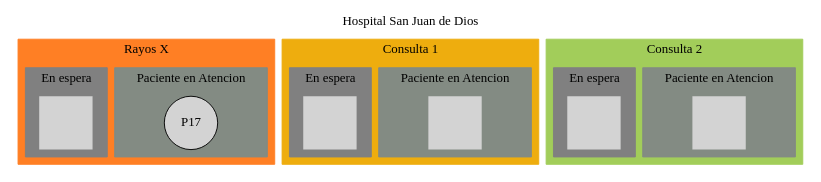
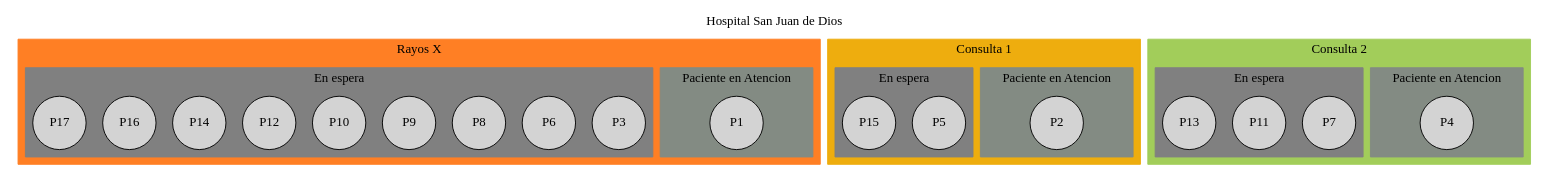
Before and after one commit to DiegoPabloPA/ECYS_Conferencia_09_18_2022: the diagram in dotFiles/generate.dot, drawn with Graphviz. The commit also changed 23 other files, not shown here.

```diff
--- a/dotFiles/generate.dot
+++ b/dotFiles/generate.dot
@@ -1,81 +1,92 @@
 
             graph  grafi{
                 rankdir=TB;
                 labelloc="t";
                 label="Hospital San Juan de Dios";
                 node[shape="circle"
                 fixedsize=true
                 width=0.8
                 height=0.8
                 ];
         
 
             subgraph cluster_1 {
                 node [style=filled shape="circle"];
                 style="filled";
                 color="chocolate1";
                 label="Rayos X";
         
             subgraph cluster_2 {
                 node [style=filled shape="circle"];
                 style="filled";
                 color="honeydew4";
                 label="Paciente en Atencion";
-        P17;
+        P1;
 }
 
             subgraph cluster_3 {
                 node [style=filled shape="circle"];
                 style="filled";
                 color="gray";
                 label="En espera";
-        inv4[label="" shape="plaintext"];
+        P3;
+P6;
+P8;
+P9;
+P10;
+P12;
+P14;
+P16;
+P17;
 }
 }
 
-            subgraph cluster_5 {
+            subgraph cluster_4 {
                 node [style=filled shape="circle"];
                 style="filled";
                 color="darkgoldenrod2";
                 label="Consulta 1";
         
-            subgraph cluster_6 {
+            subgraph cluster_5 {
                 node [style=filled shape="circle"];
                 style="filled";
                 color="honeydew4";
                 label="Paciente en Atencion";
-        inv7[label="" shape="plaintext"];
+        P2;
 }
 
-            subgraph cluster_8 {
+            subgraph cluster_6 {
                 node [style=filled shape="circle"];
                 style="filled";
                 color="gray";
                 label="En espera";
-        inv9[label="" shape="plaintext"];
+        P5;
+P15;
 }
 }
 
-            subgraph cluster_10 {
+            subgraph cluster_7 {
                 node [style=filled shape="circle"];
                 style="filled";
                 color="darkolivegreen3";
                 label="Consulta 2";
         
-            subgraph cluster_11 {
+            subgraph cluster_8 {
                 node [style=filled shape="circle"];
                 style="filled";
                 color="honeydew4";
                 label="Paciente en Atencion";
-        inv12[label="" shape="plaintext"];
+        P4;
 }
 
-            subgraph cluster_13 {
+            subgraph cluster_9 {
                 node [style=filled shape="circle"];
                 style="filled";
                 color="gray";
                 label="En espera";
-        inv14[label="" shape="plaintext"];
+        P7;
+P11;
+P13;
 }
 }
 }
```
